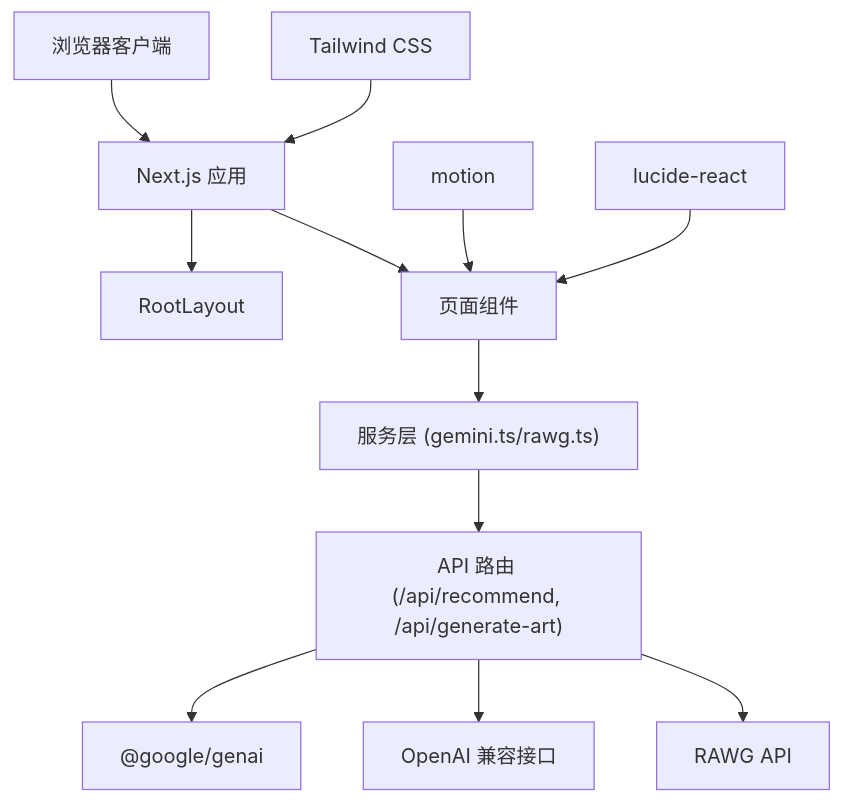
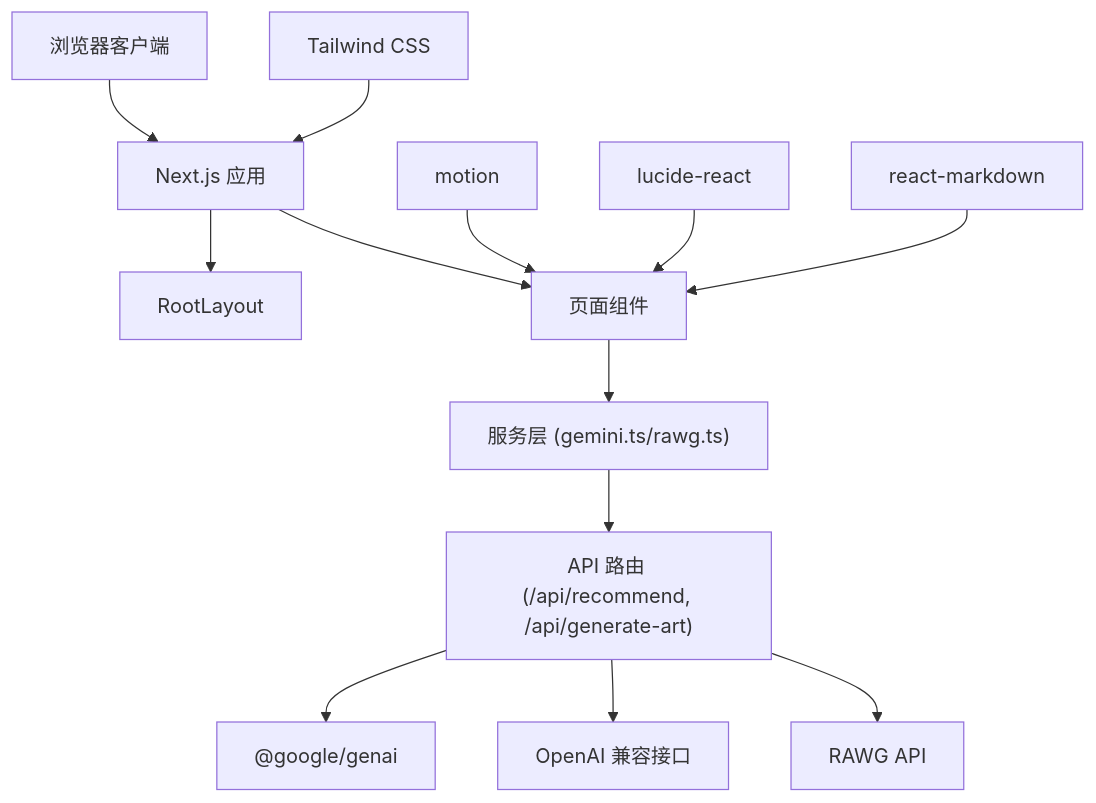
Before and after one commit to Jason-6300/JoyMate: the second of 7 diagrams in .qoder/repowiki/zh/content/架构设计/技术栈选型设计.md, drawn with Mermaid. The commit also changed other lines of this file and 7 other files, not shown here.

````diff
--- a/.qoder/repowiki/zh/content/架构设计/技术栈选型设计.md
+++ b/.qoder/repowiki/zh/content/架构设计/技术栈选型设计.md
@@ -123,14 +144,15 @@
 ```mermaid
 graph TB
 Client["浏览器客户端"] --> Next["Next.js 应用"]
 Next --> Layout["RootLayout"]
 Next --> Pages["页面组件"]
 Pages --> Services["服务层 (gemini.ts/rawg.ts)"]
 Services --> Routes["API 路由 (/api/recommend, /api/generate-art)"]
 Routes --> Upstream1["@google/genai"]
 Routes --> Upstream2["OpenAI 兼容接口"]
 Routes --> Upstream3["RAWG API"]
 Styles["Tailwind CSS"] --> Next
 Anim["motion"] --> Pages
 Icons["lucide-react"] --> Pages
+Markdown["react-markdown"] --> Pages
 ```
````
